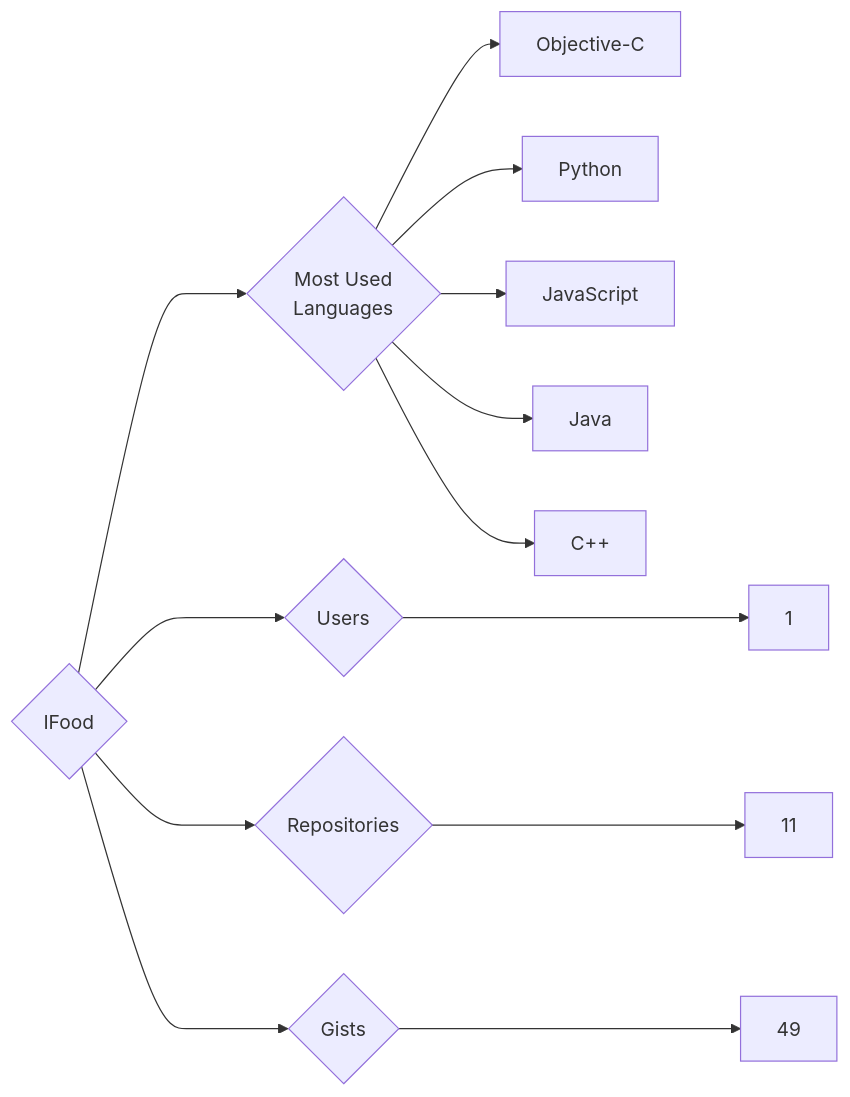
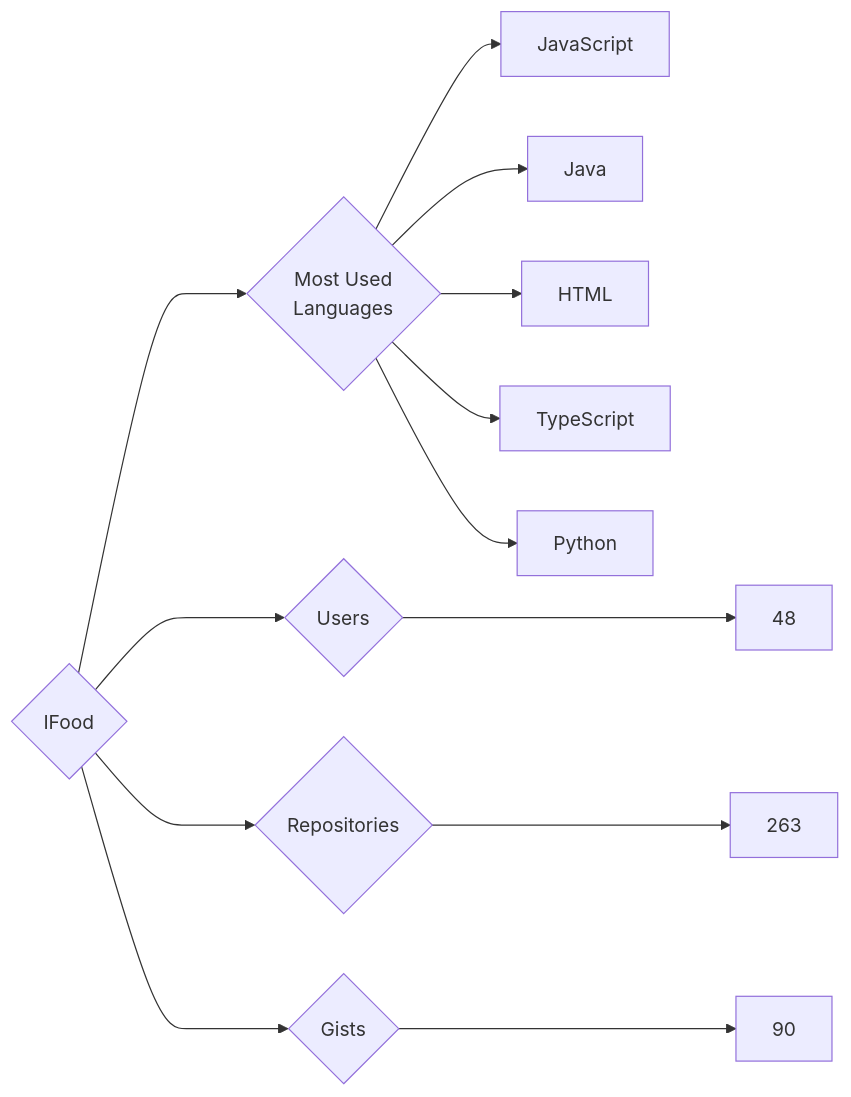
The diagram in targets/IFood/README.md (trickest/insiders), drawn with Mermaid before and after one commit. The commit also changed 657 other files, not shown here.

````diff
--- a/targets/IFood/README.md
+++ b/targets/IFood/README.md
@@ -3,13 +3,13 @@
 ```mermaid
 graph LR
 COMPANY_NAME{IFood}
-COMPANY_NAME ---> U{Users} ---> UN[1]
-COMPANY_NAME ---> R{Repositories} ---> RN[11]
-COMPANY_NAME ---> G{Gists} ---> GN[49]
+COMPANY_NAME ---> U{Users} ---> UN[48]
+COMPANY_NAME ---> R{Repositories} ---> RN[263]
+COMPANY_NAME ---> G{Gists} ---> GN[90]
 COMPANY_NAME ---> ML{Most Used<br>Languages}
-ML --> Objective-C[Objective-C]
-ML --> Python[Python]
 ML --> JavaScript[JavaScript]
 ML --> Java[Java]
-ML --> C++[C++]
+ML --> HTML[HTML]
+ML --> TypeScript[TypeScript]
+ML --> Python[Python]
 ```
````
